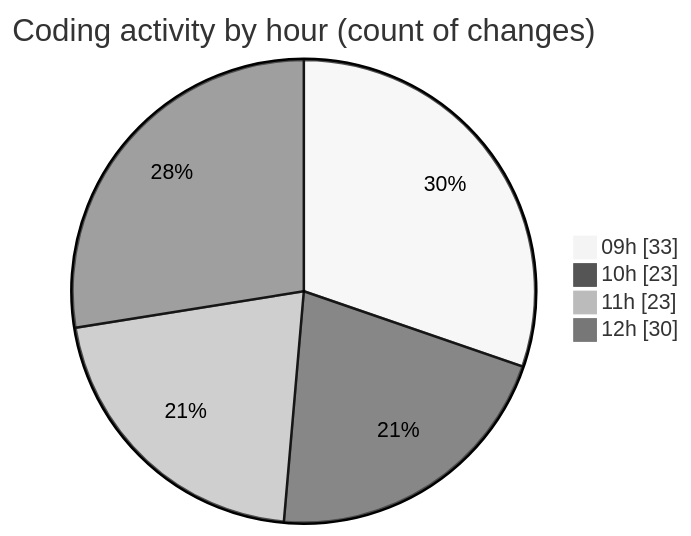
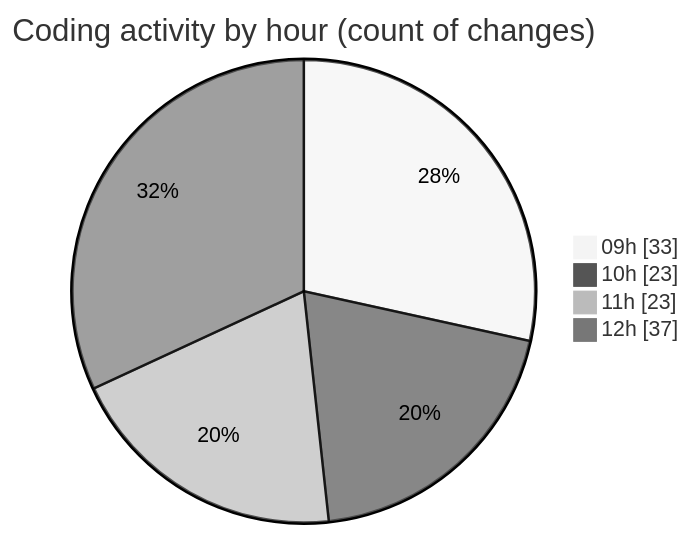
The second of 2 diagrams in 2025-05-20/ecodeli-1/README.md (CELIANVF/code-tracking), drawn with Mermaid (neutral theme) before and after one commit. The commit also changed other lines of this file and 1 other file, not shown here.

````diff
--- a/2025-05-20/ecodeli-1/README.md
+++ b/2025-05-20/ecodeli-1/README.md
@@ -72,8 +74,8 @@
 ```mermaid
 pie showData
 title Coding activity by hour (count of changes)
 "09h" : 33
 "10h" : 23
 "11h" : 23
-"12h" : 30
+"12h" : 37
 ```
````
